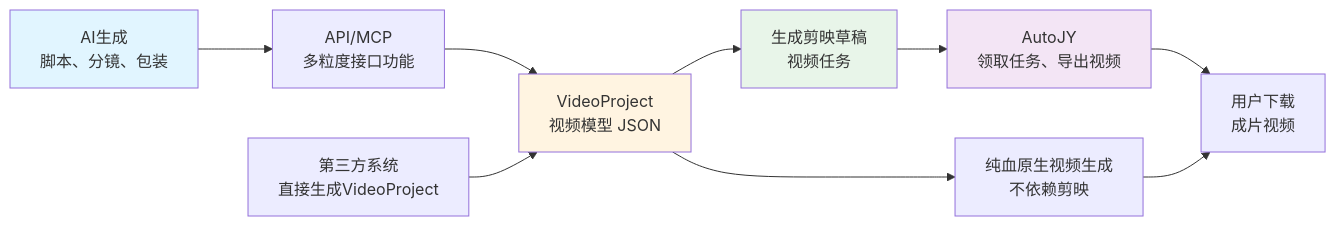
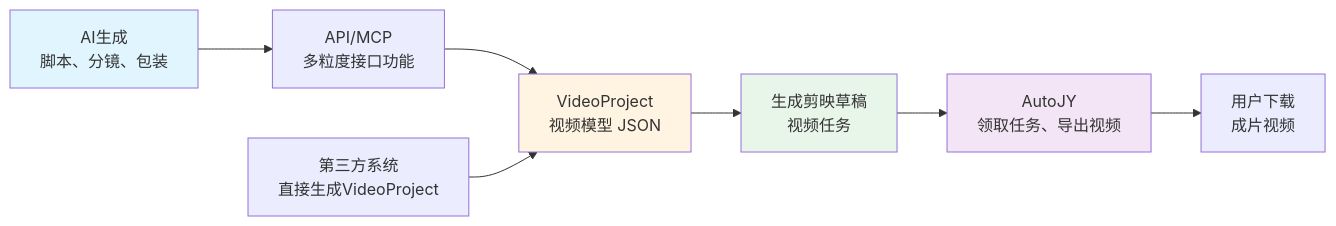
Before and after one commit to duoec/duo-video: the diagram in README.md, drawn with Mermaid. The commit also changed other lines of this file and 2 other files, not shown here.

````diff
--- a/README.md
+++ b/README.md
@@ -27,16 +29,14 @@
 ```mermaid
 graph LR
     A[AI生成<br/>脚本、分镜、包装] --> B[API/MCP<br/>多粒度接口功能]
     B --> C[VideoProject<br/>视频模型 JSON]
     D[第三方系统<br/>直接生成VideoProject] --> C
     C --> E[生成剪映草稿<br/>视频任务]
     E --> F[AutoJY<br/>领取任务、导出视频]
     F --> G[用户下载<br/>成片视频]
-    C --> H[纯血原生视频生成<br/>不依赖剪映]
-    H --> G
 
     style A fill:#e1f5ff
     style C fill:#fff4e1
     style E fill:#e8f5e9
     style F fill:#f3e5f5
 ```
````
